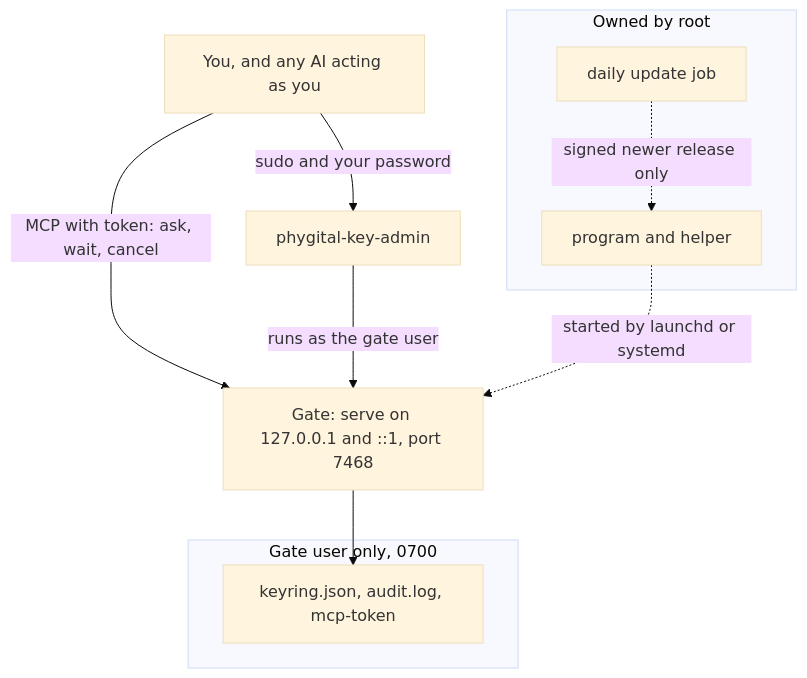
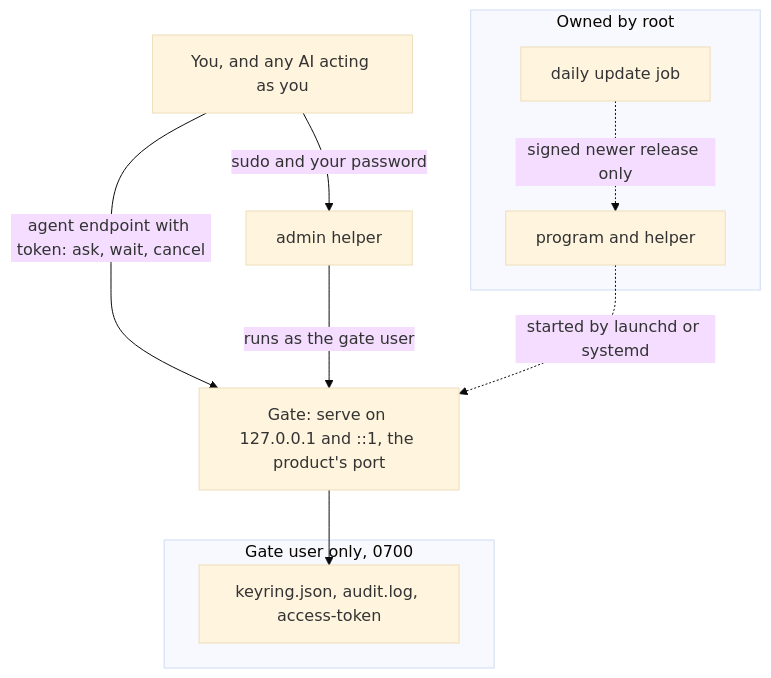
Before and after one commit to Phygital-Key/phygital-key: the diagram in docs/secure-install.md, drawn with Mermaid (base theme). The commit also changed other lines of this file and 114 other files, not shown here.

Commit message:
Split into a shared base: the gate becomes the phygital-key-gate library (Product + Adapter), installers and release scripts become product templates; MCP moves to Phygital-Key/phygital-key-mcp, A2A is Phygital-Key/phygital-key-a2a; docs made product-neutral; v0.4.0

````diff
--- a/docs/secure-install.md
+++ b/docs/secure-install.md
@@ -40,16 +59,16 @@
 ```mermaid
 flowchart TD
-    You["You, and any AI acting as you"] -->|"MCP with token: ask, wait, cancel"| Gate
-    You -->|"sudo and your password"| Admin["phygital-key-admin"]
+    You["You, and any AI acting as you"] -->|"agent endpoint with token: ask, wait, cancel"| Gate
+    You -->|"sudo and your password"| Admin["admin helper"]
     Admin -->|"runs as the gate user"| Gate
     subgraph root["Owned by root"]
         Prog["program and helper"]
         Upd["daily update job"]
     end
     subgraph gateuser["Gate user only, 0700"]
-        Data["keyring.json, audit.log, mcp-token"]
+        Data["keyring.json, audit.log, access-token"]
     end
-    Gate["Gate: serve on 127.0.0.1 and ::1, port 7468"] --> Data
+    Gate["Gate: serve on 127.0.0.1 and ::1, the product's port"] --> Data
     Prog -.->|"started by launchd or systemd"| Gate
     Upd -.->|"signed newer release only"| Prog
 ```
````
